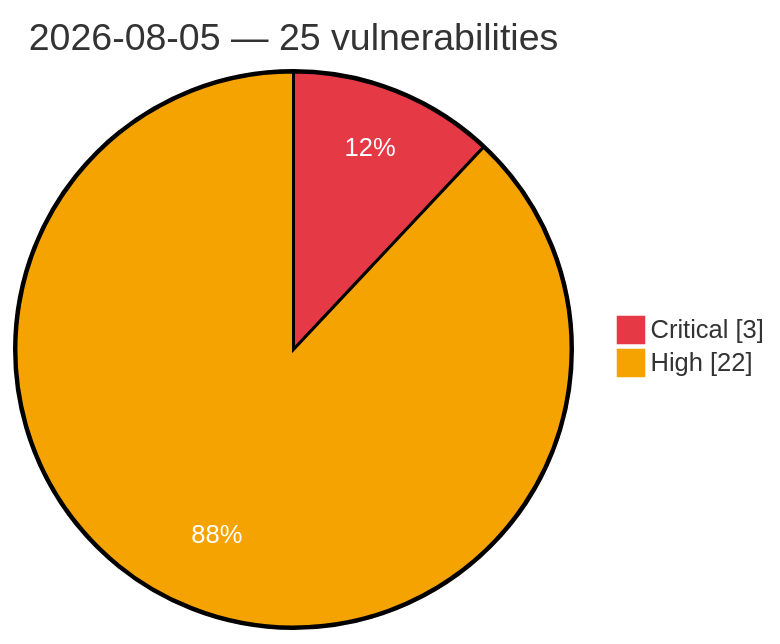
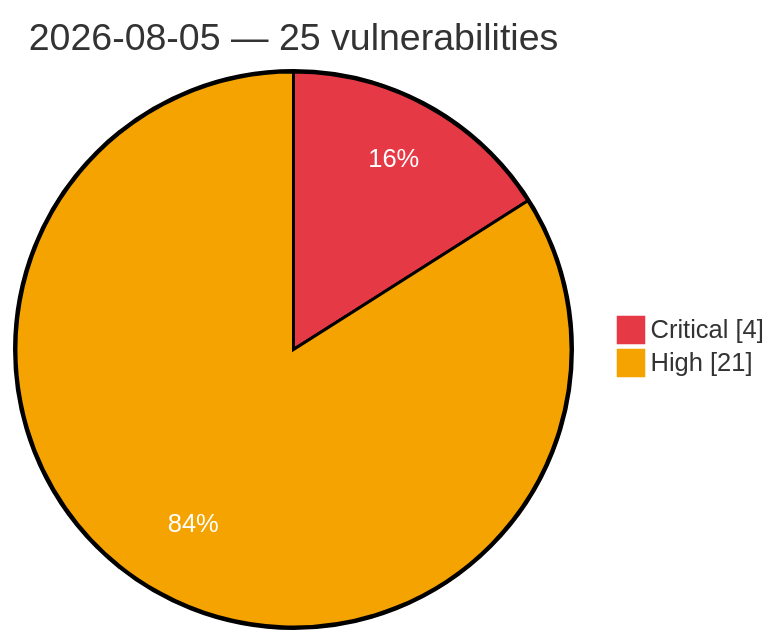
Before and after one commit to GhostX0X/vuln-tracker: the diagram in vulnerabilities/2026-08-05.md, drawn with Mermaid. The commit also changed other lines of this file and 1 other file, not shown here.

Commit message:
Auto update: critical/high vulns (2026-08-06 00:00 UTC)

````diff
--- a/vulnerabilities/2026-08-05.md
+++ b/vulnerabilities/2026-08-05.md
@@ -3,7 +3,7 @@
 ```mermaid
 %%{init: {'theme':'base', 'themeVariables': {'pie1':'#e63946', 'pie2':'#f4a300', 'pieOpacity':'1', 'pieOuterStrokeWidth':'2px', 'pieSectionTextColor':'#ffffff'}}}%%
 pie showData
     title 2026-08-05 — 25 vulnerabilities
-    "Critical" : 3
-    "High" : 22
+    "Critical" : 4
+    "High" : 21
 ```
````
